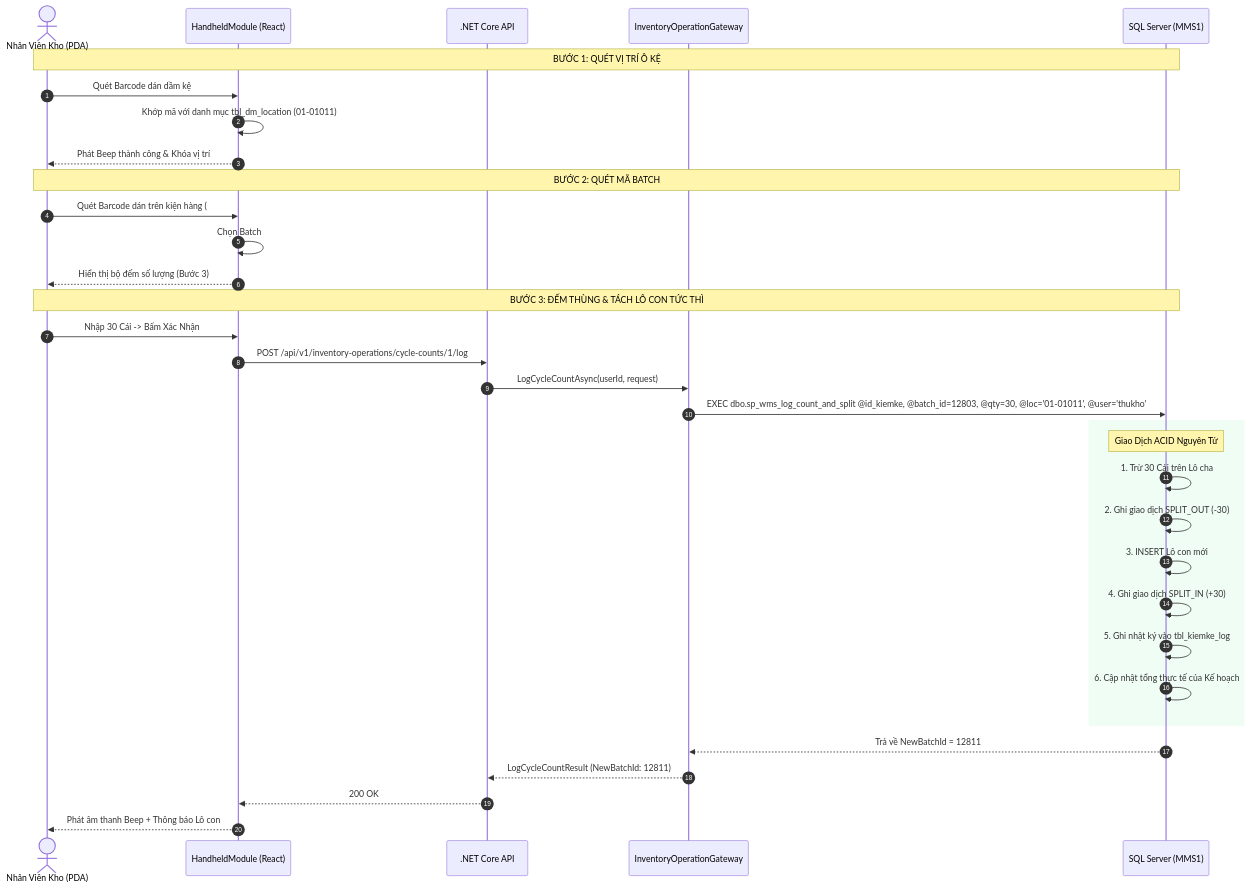
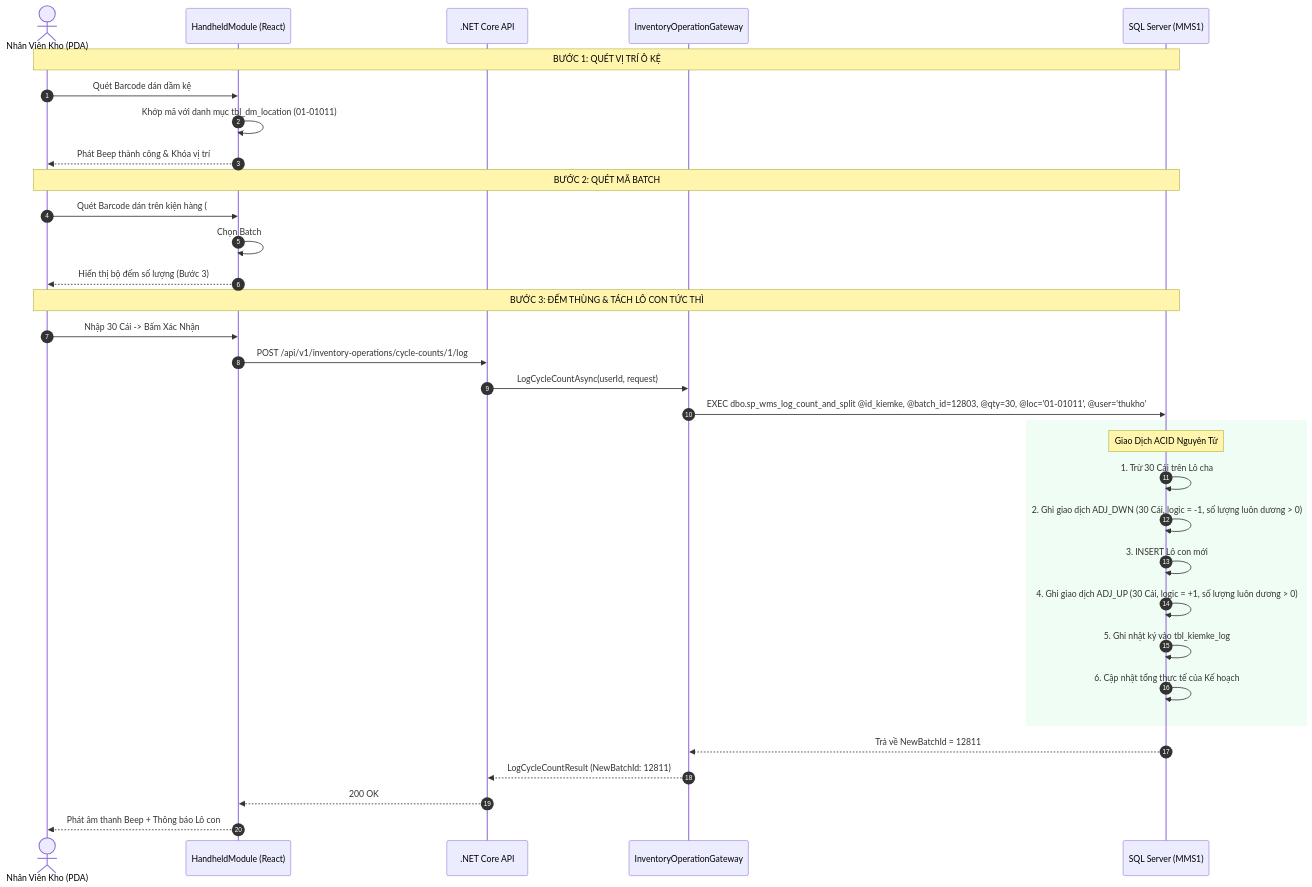
The second of 3 diagrams in docs/use-cases/UC-27_INV-08.md (Sohoa-KNSG/mms), drawn with Mermaid before and after one commit. The commit also changed 2 other files, not shown here.

Commit message:
docs: clarify positive transaction quantity rule and update sequence diagrams

````diff
--- a/docs/use-cases/UC-27_INV-08.md
+++ b/docs/use-cases/UC-27_INV-08.md
@@ -266,40 +266,40 @@
 ```mermaid
 sequenceDiagram
     autonumber
     actor PDA as Nhân Viên Kho (PDA)
     participant UI as HandheldModule (React)
     participant API as .NET Core API
     participant GW as InventoryOperationGateway
     participant SQL as SQL Server (MMS1)
 
     Note over PDA,SQL: BƯỚC 1: QUÉT VỊ TRÍ Ô KỆ
     PDA->>UI: Quét Barcode dán dầm kệ
     UI->>UI: Khớp mã với danh mục tbl_dm_location (01-01011)
     UI-->>PDA: Phát Beep thành công & Khóa vị trí
 
     Note over PDA,SQL: BƯỚC 2: QUÉT MÃ BATCH
     PDA->>UI: Quét Barcode dán trên kiện hàng (#12803)
     UI->>UI: Chọn Batch #12803 trong danh sách Kế hoạch
     UI-->>PDA: Hiển thị bộ đếm số lượng (Bước 3)
 
     Note over PDA,SQL: BƯỚC 3: ĐẾM THÙNG & TÁCH LÔ CON TỨC THÌ
     PDA->>UI: Nhập 30 Cái -> Bấm Xác Nhận
     UI->>API: POST /api/v1/inventory-operations/cycle-counts/1/log
     API->>GW: LogCycleCountAsync(userId, request)
     GW->>SQL: EXEC dbo.sp_wms_log_count_and_split @id_kiemke, @batch_id=12803, @qty=30, @loc='01-01011', @user='thukho'
     
     rect rgb(240, 253, 244)
         Note over SQL: Giao Dịch ACID Nguyên Tử
         SQL->>SQL: 1. Trừ 30 Cái trên Lô cha #12803
-        SQL->>SQL: 2. Ghi giao dịch SPLIT_OUT (-30)
+        SQL->>SQL: 2. Ghi giao dịch ADJ_DWN (30 Cái, logic = -1, số lượng luôn dương > 0)
         SQL->>SQL: 3. INSERT Lô con mới #12811 (30 Cái, parent_id=12803, loc='01-01011')
-        SQL->>SQL: 4. Ghi giao dịch SPLIT_IN (+30)
+        SQL->>SQL: 4. Ghi giao dịch ADJ_UP (30 Cái, logic = +1, số lượng luôn dương > 0)
         SQL->>SQL: 5. Ghi nhật ký vào tbl_kiemke_log
         SQL->>SQL: 6. Cập nhật tổng thực tế của Kế hoạch
     end
 
     SQL-->>GW: Trả về NewBatchId = 12811
     GW-->>API: LogCycleCountResult (NewBatchId: 12811)
     API-->>UI: 200 OK
     UI-->>PDA: Phát âm thanh Beep + Thông báo Lô con #12811 + Cập nhật Bảng Nhật Ký
 ```
````
